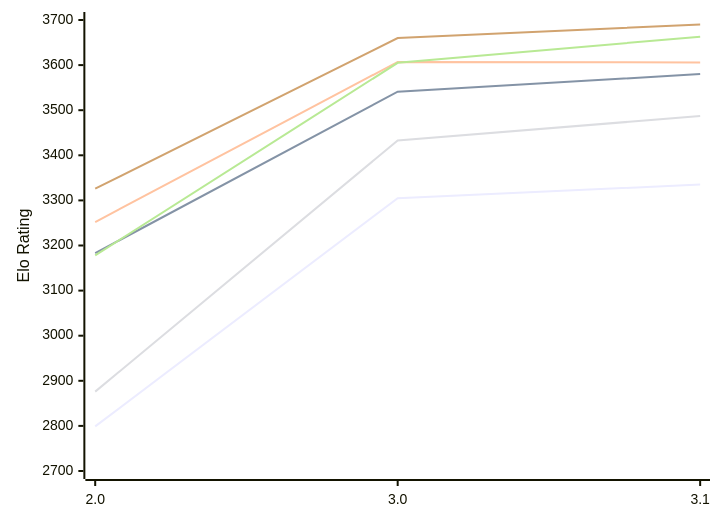
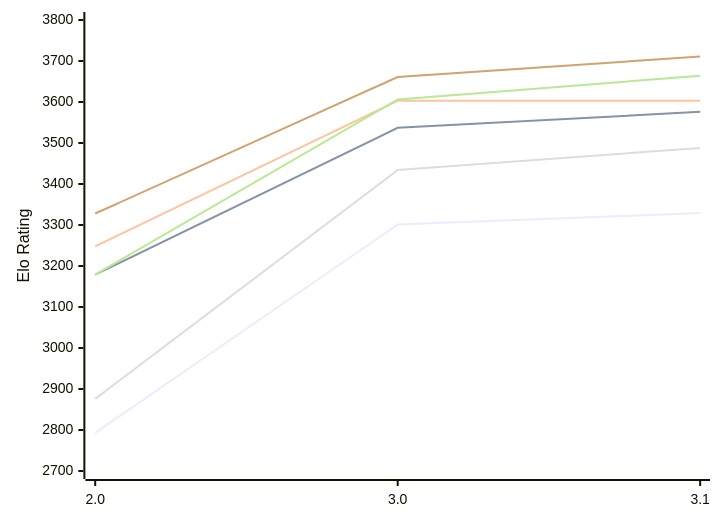
The diagram in engines/Funcomp.md (computer-chess-index/cci), drawn with Mermaid before and after one commit. The commit also changed other lines of this file, not shown here.

Commit message:
Update CCI Ratings (ELO VLTC) - 2026-11-09

````diff
--- a/engines/Funcomp.md
+++ b/engines/Funcomp.md
@@ -51,12 +51,12 @@
 ```mermaid
 %%{init: {"theme":"base","themeVariables":{"seriesColors:['#a3a3a3','#222221','#faa371']}}}%%
 xychart-beta
   x-axis ["2.0", "3.0", "3.1"]
-  y-axis "Elo Rating" 2700 --> 3700
-  line "E1: STC (8.0+0.08s)" [2799, 3305, 3335]
-  line "E1: LTC (60.0+0.60s)" [3183, 3541, 3580]
-  line "E1: VLTC (2m24s+1.12s)" [3252, 3607, 3606]
-  line "P1: STC (8.0+0.08s)" [2876, 3433, 3487]
-  line "P1: LTC (60.0+0.60s)" [3178, 3605, 3663]
-  line "P1: VLTC (2m24s+1.12s)" [3326, 3660, 3690]
+  y-axis "Elo Rating" 2700 --> 3800
+  line "E1: STC (8.0+0.08s)" [2793, 3301, 3329]
+  line "E1: LTC (60.0+0.60s)" [3179, 3537, 3576]
+  line "E1: VLTC (2m24s+1.12s)" [3248, 3603, 3603]
+  line "P1: STC (8.0+0.08s)" [2876, 3434, 3488]
+  line "P1: LTC (60.0+0.60s)" [3179, 3606, 3664]
+  line "P1: VLTC (2m24s+1.12s)" [3328, 3661, 3711]
 ```
````
